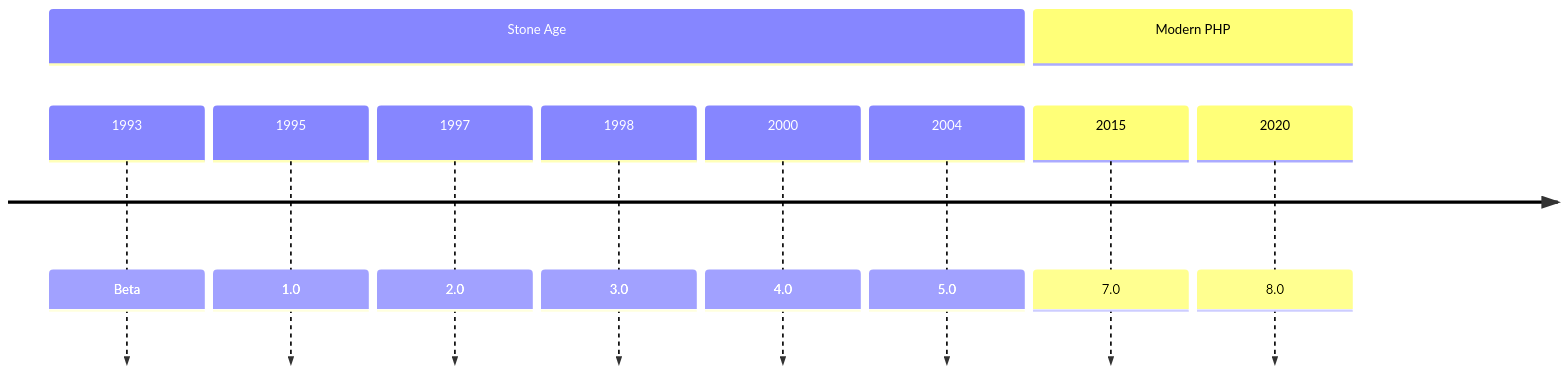
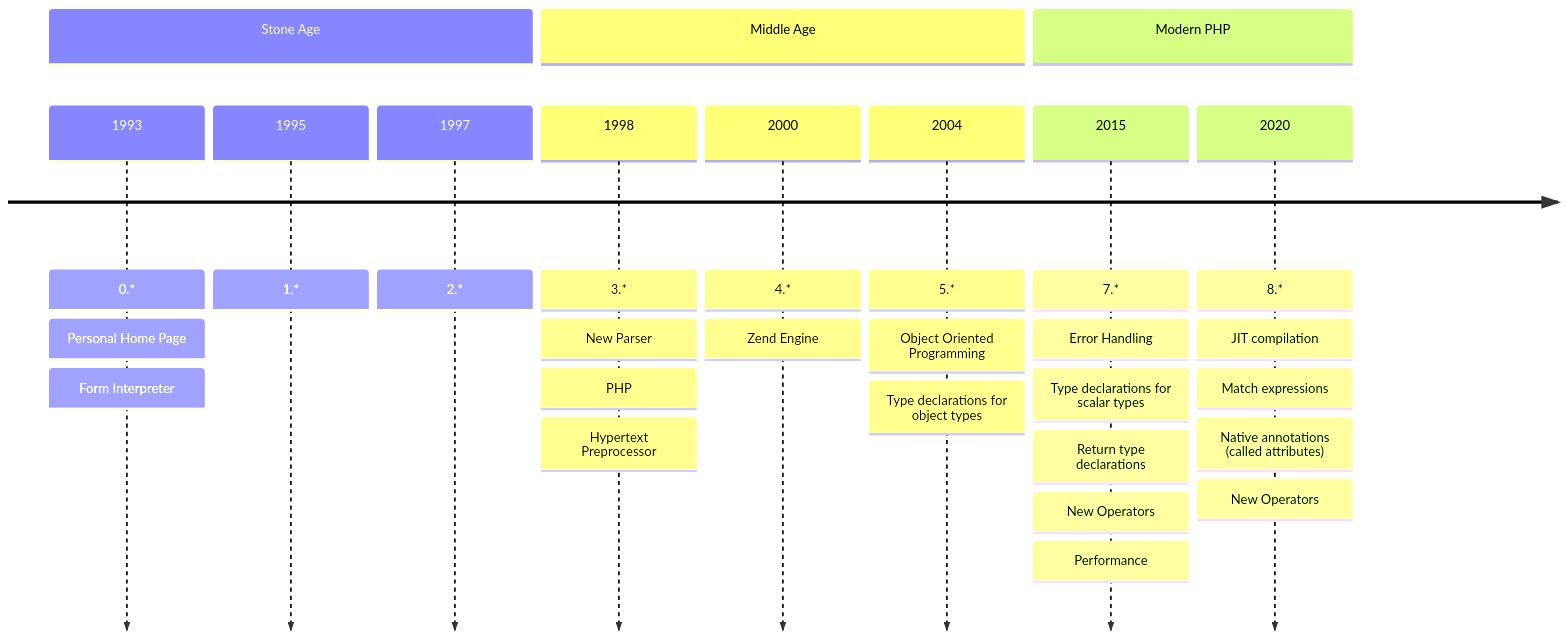
Before and after one commit to ofabel/php-tech-talk: the diagram in media/timeline.mmd, drawn with Mermaid. The commit also changed 9 other files, not shown here.

Commit message:
add timeline, working on language features

```diff
--- a/media/timeline.mmd
+++ b/media/timeline.mmd
@@ -1,11 +1,28 @@
 timeline
     section Stone Age
-    1993 : Beta
-    1995 : 1.0
-    1997 : 2.0
-    1998 : 3.0
-    2000 : 4.0
-    2004 : 5.0
+    1993 : 0.*
+         : Personal Home Page
+         : Form Interpreter
+    1995 : 1.*
+    1997 : 2.*
+    section Middle Age
+    1998 : 3.*
+         : New Parser
+         : PHP: Hypertext Preprocessor
+    2000 : 4.*
+         : Zend Engine
+    2004 : 5.*
+         : Object Oriented Programming
+         : Type declarations for object types
     section Modern PHP
-    2015 : 7.0
-    2020 : 8.0
+    2015 : 7.*
+         : Error Handling
+         : Type declarations for scalar types
+         : Return type declarations
+         : New Operators
+         : Performance
+    2020 : 8.*
+         : JIT compilation
+         : Match expressions
+         : Native annotations (called attributes)
+         : New Operators
```
